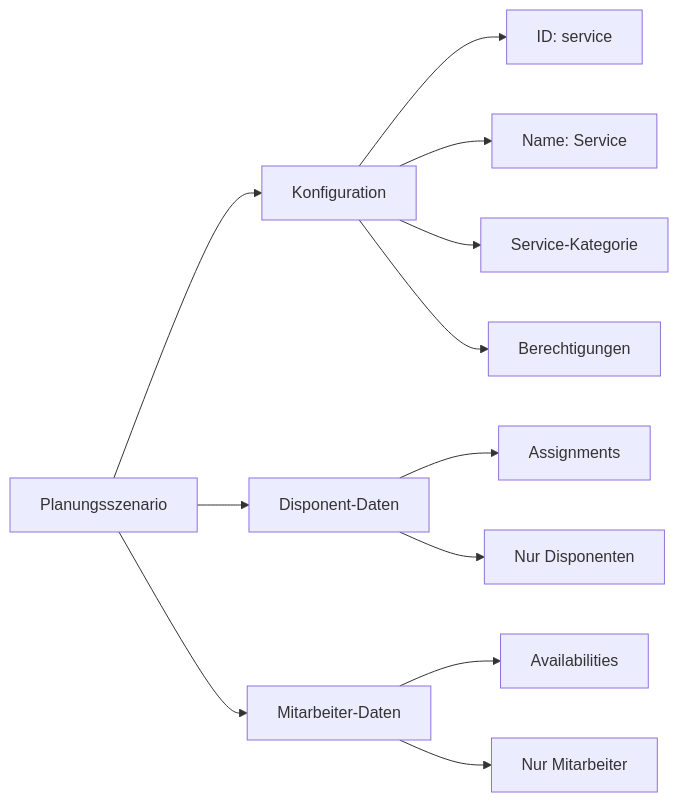
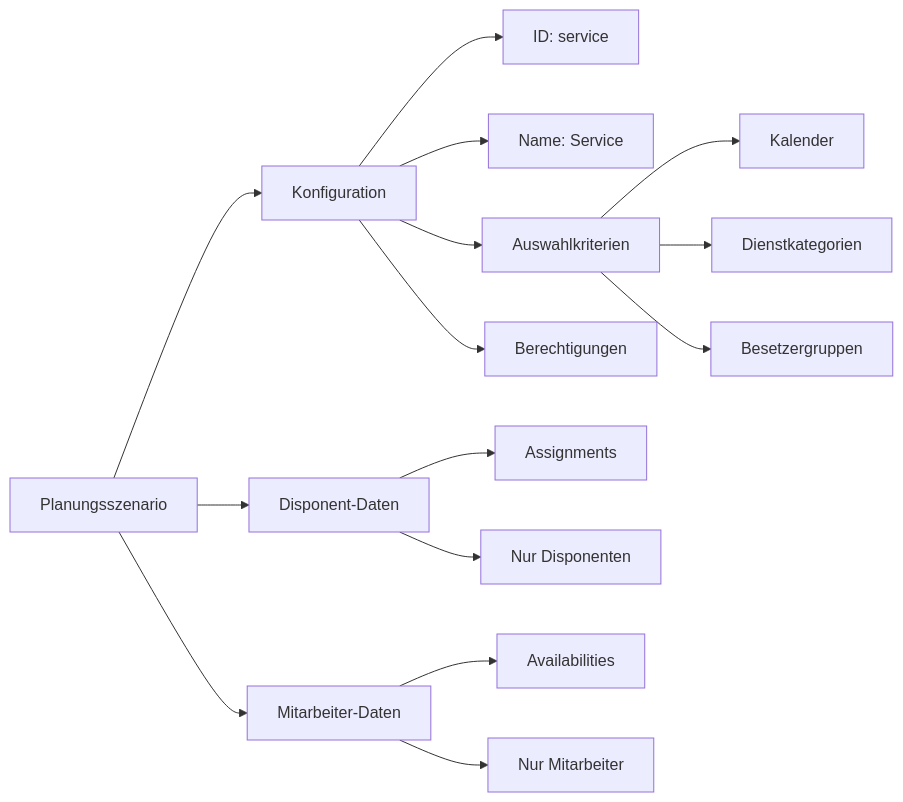
One commit to bwl21/bwl-dienstplanung changed the first of 16 diagrams in docs/planning-scenarios.md. Above: the diagram before and after it, drawn with Mermaid. The commit also changed other lines of this file, not shown here.

First line of the commit message:
Add event and service selection criteria to scenarios

````diff
--- a/docs/planning-scenarios.md
+++ b/docs/planning-scenarios.md
@@ -11,17 +11,21 @@
 ```mermaid
 graph LR
     A[Planungsszenario] --> B[Konfiguration]
     A --> C[Disponent-Daten]
     A --> D[Mitarbeiter-Daten]
     
     B --> B1[ID: service]
     B --> B2[Name: Service]
-    B --> B3[Service-Kategorie]
+    B --> B3[Auswahlkriterien]
     B --> B4[Berechtigungen]
+    
+    B3 --> B3a[Kalender]
+    B3 --> B3b[Dienstkategorien]
+    B3 --> B3c[Besetzergruppen]
     
     C --> C1[Assignments]
     C --> C2[Nur Disponenten]
     
     D --> D1[Availabilities]
     D --> D2[Nur Mitarbeiter]
 ```
````
